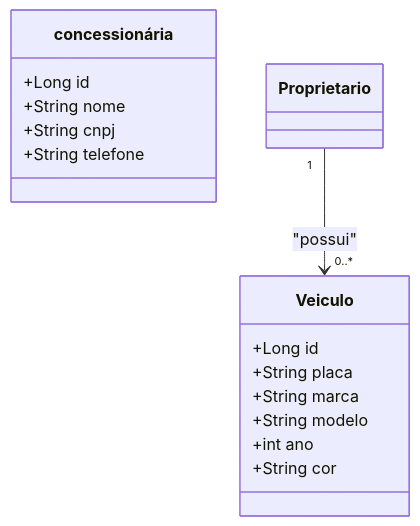
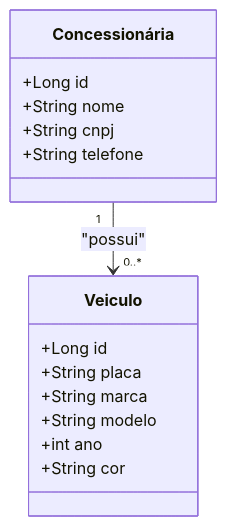
The diagram in README.md (Matheus-Barkokebas/desafio1-avanade-cadastro-veiculos), drawn with Mermaid before and after one commit.

````diff
--- a/README.md
+++ b/README.md
@@ -1,21 +1,21 @@
 ```mermaid
 classDiagram
     class Veiculo {
         +Long id
         +String placa
         +String marca
         +String modelo
         +int ano
         +String cor
     }
 
-    class concessionária {
+    class Concessionária {
         +Long id
         +String nome
         +String cnpj
         +String telefone
     }
 
-    Proprietario "1" --> "0..*" Veiculo : "possui"
+    Concessionária "1" --> "0..*" Veiculo : "possui"
 
 ```
````
